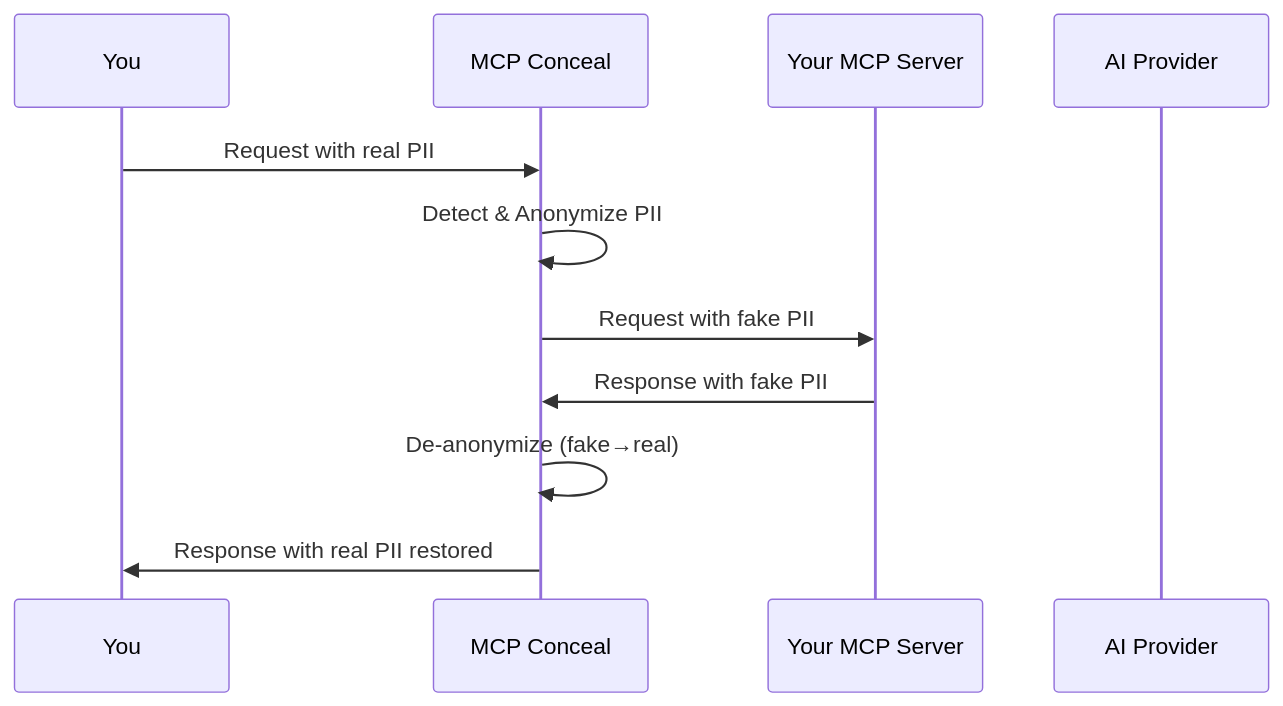
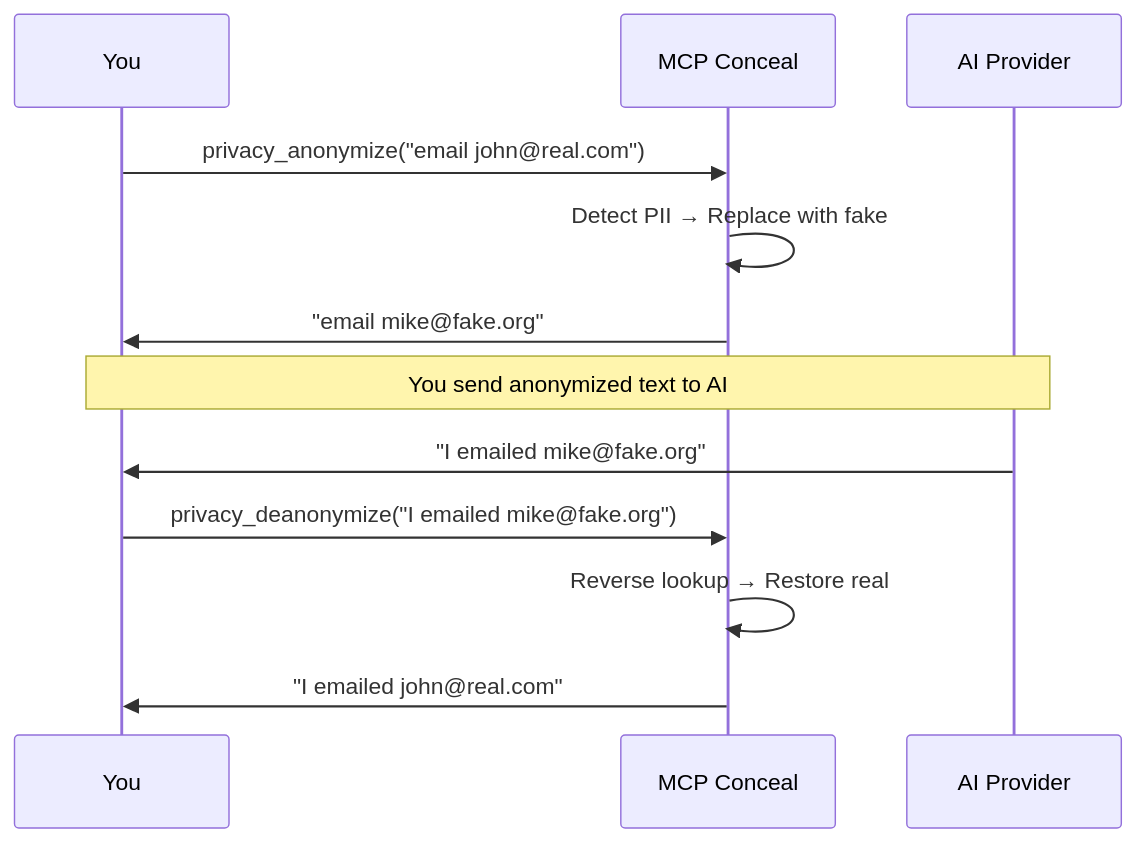
Before and after one commit to jsntn/mcp-server-conceal: the diagram in README.md, drawn with Mermaid. The commit also changed other lines of this file, not shown here.

Commit message:
docs: update README with standalone server mode and revised flow

````diff
--- a/README.md
+++ b/README.md
@@ -5,14 +5,15 @@
 ```mermaid
 sequenceDiagram
     participant U as You
     participant P as MCP Conceal
-    participant S as Your MCP Server
     participant AI as AI Provider
     
-    U->>P: Request with real PII
-    P->>P: Detect & Anonymize PII
-    P->>S: Request with fake PII
-    S->>P: Response with fake PII
-    P->>P: De-anonymize (fake→real)
-    P->>U: Response with real PII restored
+    U->>P: privacy_anonymize("email john@real.com")
+    P->>P: Detect PII → Replace with fake
+    P->>U: "email mike@fake.org"
+    Note over U,AI: You send anonymized text to AI
+    AI->>U: "I emailed mike@fake.org"
+    U->>P: privacy_deanonymize("I emailed mike@fake.org")
+    P->>P: Reverse lookup → Restore real
+    P->>U: "I emailed john@real.com"
 ```
````
